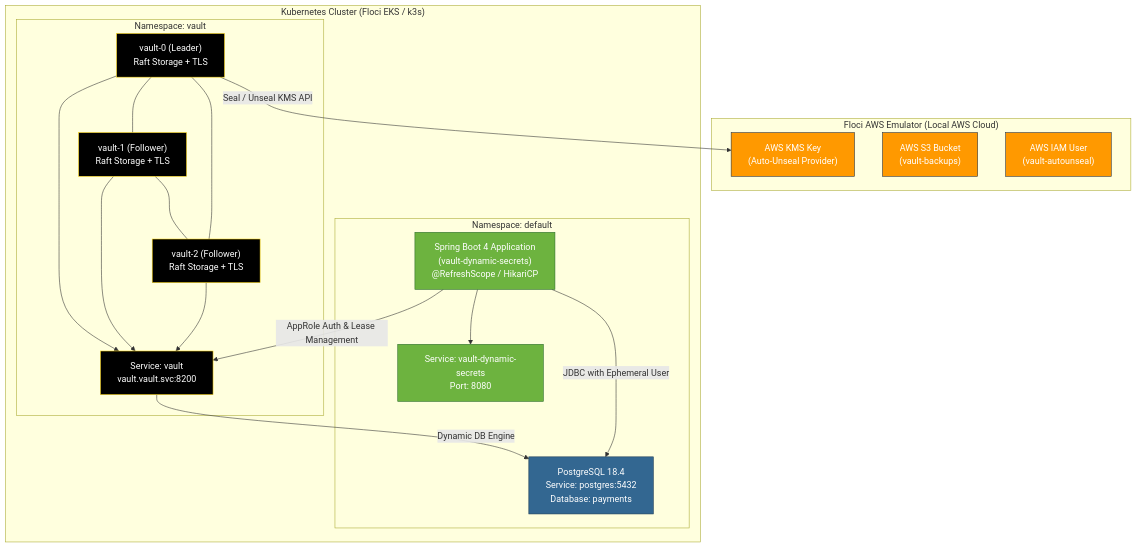
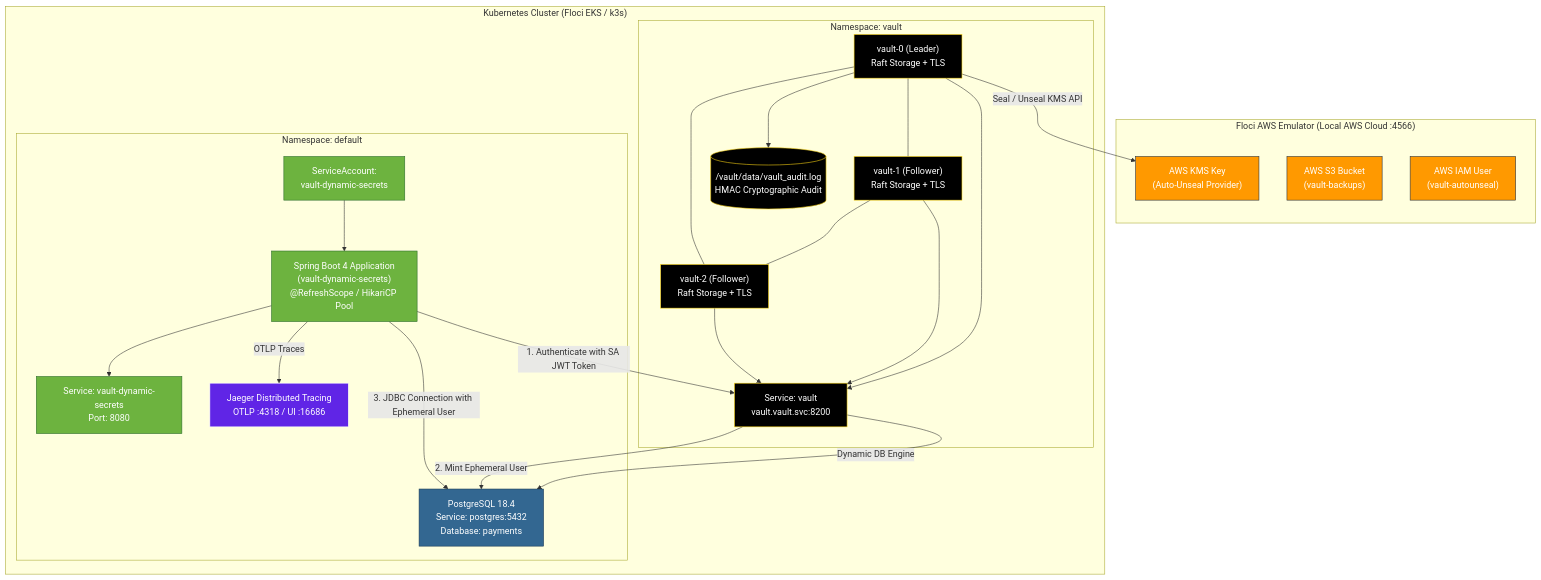
One commit to kirankumarhm/vault-dynamic-secrets changed the diagram in docs/floci-eks-production-setup.md. Above: the diagram before and after it, drawn with Mermaid. The commit also changed other lines of this file and 5 other files, not shown here.

Commit message:
feat: implement secret-less Kubernetes auth, Jaeger distributed tracing, production TTL tuning, and full production runbook

````diff
--- a/docs/floci-eks-production-setup.md
+++ b/docs/floci-eks-production-setup.md
@@ -9,48 +13,57 @@
 ```mermaid
 graph TB
-    subgraph Floci["Floci AWS Emulator (Local AWS Cloud)"]
+    subgraph Floci["Floci AWS Emulator (Local AWS Cloud :4566)"]
         KMS["AWS KMS Key<br/>(Auto-Unseal Provider)"]
         S3["AWS S3 Bucket<br/>(vault-backups)"]
         IAM["AWS IAM User<br/>(vault-autounseal)"]
     end
 
     subgraph K8s["Kubernetes Cluster (Floci EKS / k3s)"]
         subgraph VaultNS["Namespace: vault"]
             V0["vault-0 (Leader)<br/>Raft Storage + TLS"]
             V1["vault-1 (Follower)<br/>Raft Storage + TLS"]
             V2["vault-2 (Follower)<br/>Raft Storage + TLS"]
             VSVC["Service: vault<br/>vault.vault.svc:8200"]
+            AuditLog[("/vault/data/vault_audit.log<br/>HMAC Cryptographic Audit")]
             
             V0 --- V1
             V1 --- V2
             V2 --- V0
             V0 --> VSVC
             V1 --> VSVC
             V2 --> VSVC
+            V0 --> AuditLog
         end
 
         subgraph DefaultNS["Namespace: default"]
+            SA["ServiceAccount:<br/>vault-dynamic-secrets"]
+            App["Spring Boot 4 Application<br/>(vault-dynamic-secrets)<br/>@RefreshScope / HikariCP Pool"]
+            AppSvc["Service: vault-dynamic-secrets<br/>Port: 8080"]
             PG["PostgreSQL 18.4<br/>Service: postgres:5432<br/>Database: payments"]
-            App["Spring Boot 4 Application<br/>(vault-dynamic-secrets)<br/>@RefreshScope / HikariCP"]
-            AppSvc["Service: vault-dynamic-secrets<br/>Port: 8080"]
+            Jaeger["Jaeger Distributed Tracing<br/>OTLP :4318 / UI :16686"]
             
+            SA --> App
             App --> AppSvc
+            App -->|OTLP Traces| Jaeger
         end
     end
 
     V0 -->|Seal / Unseal KMS API| KMS
     VSVC -->|Dynamic DB Engine| PG
-    App -->|AppRole Auth & Lease Management| VSVC
-    App -->|JDBC with Ephemeral User| PG
+    App -->|1. Authenticate with SA JWT Token| VSVC
+    VSVC -->|2. Mint Ephemeral User| PG
+    App -->|3. JDBC Connection with Ephemeral User| PG
 
     classDef floci fill:#ff9900,stroke:#232f3e,color:#fff
     classDef vault fill:#000,stroke:#ffd814,color:#fff
     classDef k8s fill:#326ce5,stroke:#fff,color:#fff
     classDef app fill:#6db33f,stroke:#2b6b2b,color:#fff
     classDef pg fill:#336791,stroke:#1b3a54,color:#fff
+    classDef obs fill:#6025e6,stroke:#fff,color:#fff
 
     class KMS,S3,IAM floci
-    class V0,V1,V2,VSVC vault
-    class App,AppSvc app
+    class V0,V1,V2,VSVC,AuditLog vault
+    class App,AppSvc,SA app
     class PG pg
+    class Jaeger obs
 ```
````
